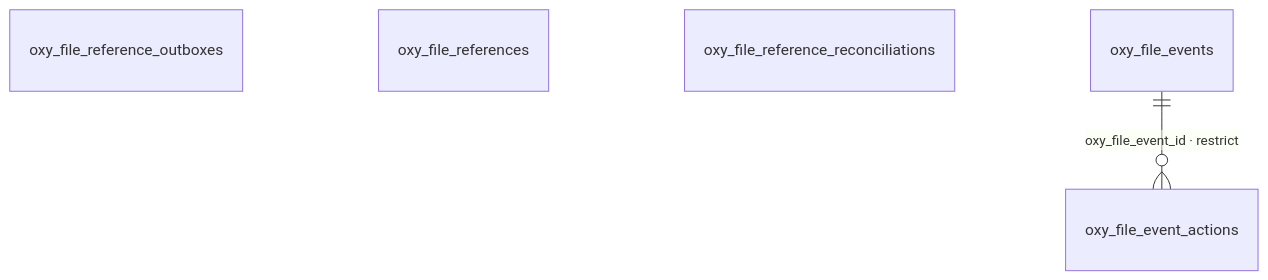
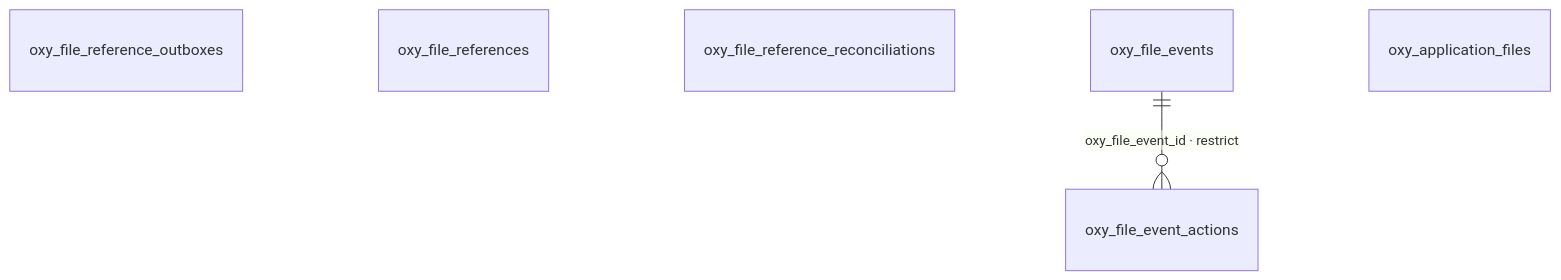
Diagram 29 of 29 in docs/catalog-architecture-diagrams.md (OxyHQ/Mercaria), drawn with Mermaid before and after one commit. The commit also changed other lines of this file and 24 other files, not shown here.

````diff
--- a/docs/catalog-architecture-diagrams.md
+++ b/docs/catalog-architecture-diagrams.md
@@ -1154,14 +1154,16 @@
 ```mermaid
 erDiagram
     oxy_file_reference_outboxes {
     }
     oxy_file_references {
     }
     oxy_file_reference_reconciliations {
     }
     oxy_file_events {
     }
     oxy_file_event_actions {
     }
+    oxy_application_files {
+    }
     oxy_file_events ||--o{ oxy_file_event_actions : "oxy_file_event_id · restrict"
 ```
````
